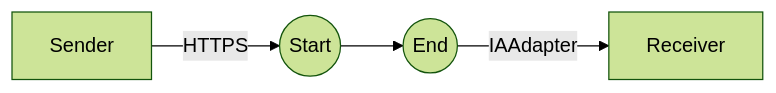
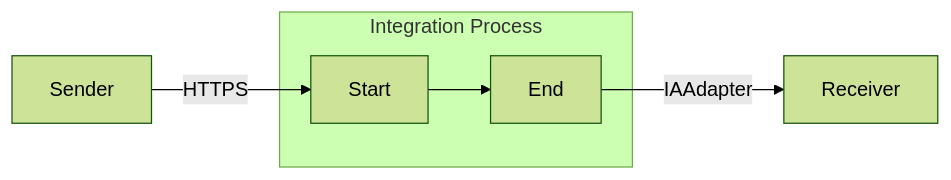
The diagram in b+ dgtal IA/Testing_Endpoint/1.0.0/readme.md (Avvale-IA-CICD/AvvaleCPI), drawn with Mermaid (forest theme) before and after one commit. The commit also changed other lines of this file, not shown here.

````diff
--- a/b+ dgtal IA/Testing_Endpoint/1.0.0/readme.md
+++ b/b+ dgtal IA/Testing_Endpoint/1.0.0/readme.md
@@ -4,6 +4,14 @@
 ```mermaid
 graph LR
-    Participant_1[Sender] -- HTTPS --> StartEvent_2((Start))
-    StartEvent_2((Start)) --> EndEvent_2((End))
-    EndEvent_2((End)) -- IAAdapter --> Participant_2[Receiver]
+    Participant_1[Sender]
+    Participant_2[Receiver]
+
+    subgraph Participant_Process_1 [Integration Process]
+        StartEvent_2[Start]
+        EndEvent_2[End]
+        StartEvent_2 --> EndEvent_2
+    end
+
+    Participant_1 -- HTTPS --> StartEvent_2
+    EndEvent_2 -- IAAdapter --> Participant_2
 ```
````
